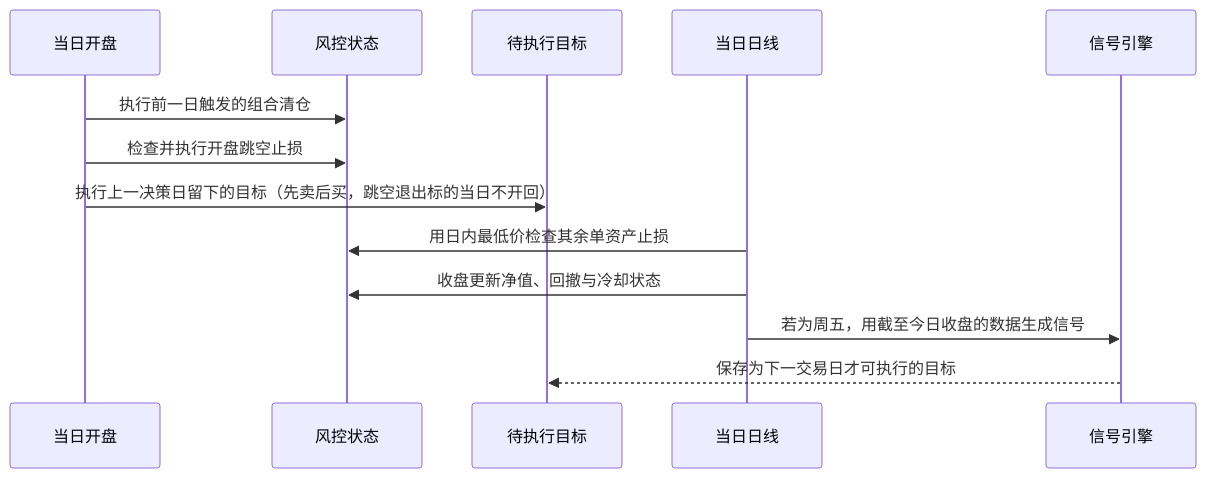
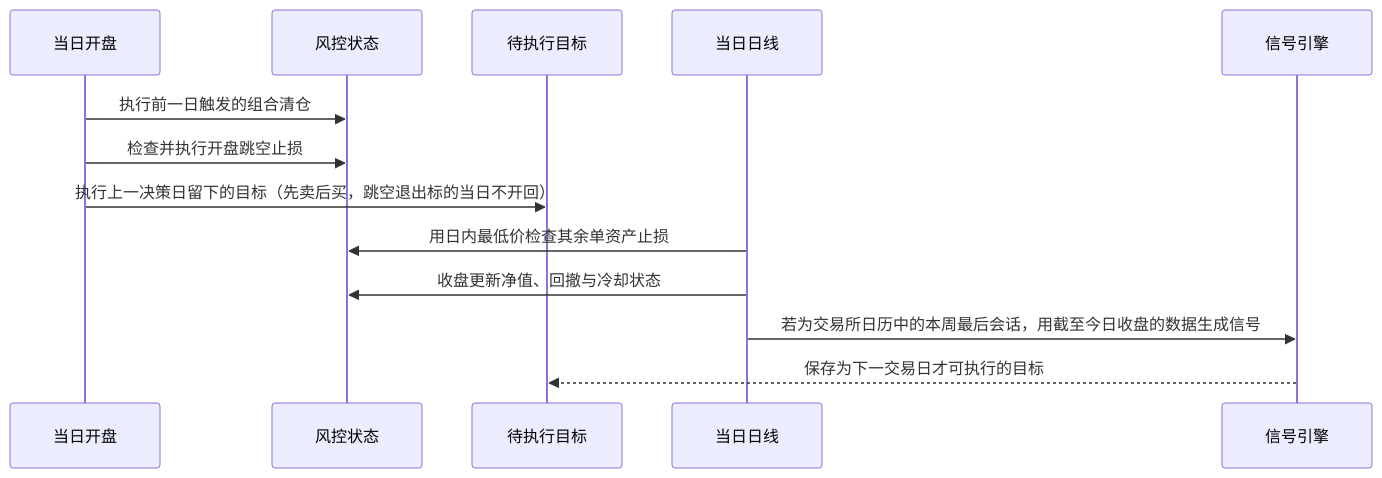
One commit to guoyaohua/etf-adaptive-rotation-qmt changed the second of 2 diagrams in docs/STRATEGY.md. Above: the diagram before and after it, drawn with Mermaid. The commit also changed other lines of this file and 22 other files, not shown here.

````diff
--- a/docs/STRATEGY.md
+++ b/docs/STRATEGY.md
@@ -259,15 +259,15 @@
 ```mermaid
 sequenceDiagram
     participant O as 当日开盘
     participant R as 风控状态
     participant P as 待执行目标
     participant B as 当日日线
     participant S as 信号引擎
     O->>R: 执行前一日触发的组合清仓
     O->>R: 检查并执行开盘跳空止损
     O->>P: 执行上一决策日留下的目标（先卖后买，跳空退出标的当日不开回）
     B->>R: 用日内最低价检查其余单资产止损
     B->>R: 收盘更新净值、回撤与冷却状态
-    B->>S: 若为周五，用截至今日收盘的数据生成信号
+    B->>S: 若为交易所日历中的本周最后会话，用截至今日收盘的数据生成信号
     S-->>P: 保存为下一交易日才可执行的目标
 ```
````
